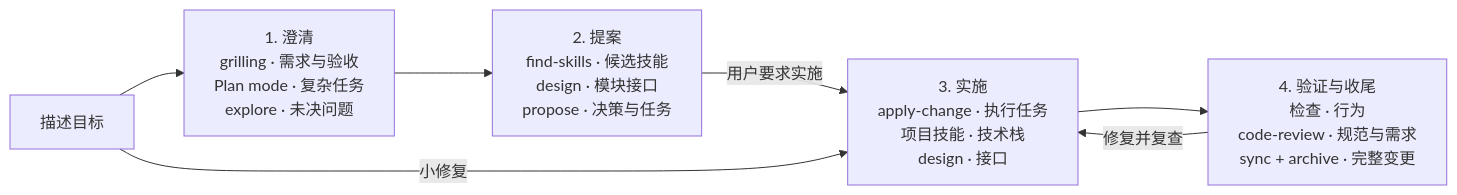
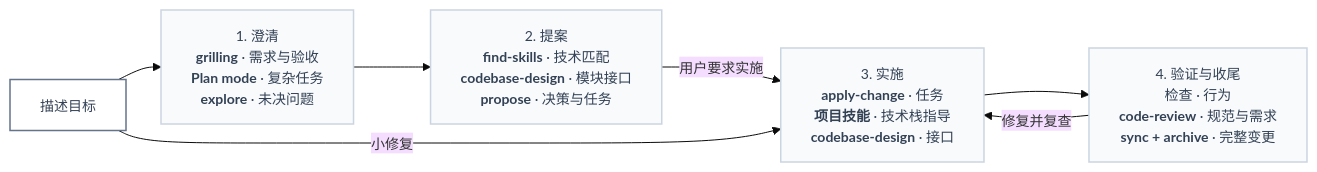
Before and after one commit to shuaibilx/AI-workflow-coding: the diagram in README.zh-CN.md, drawn with Mermaid. The commit also changed other lines of this file and 1 other file, not shown here.

Commit message:
docs: highlight skills in workflow diagrams

````diff
--- a/README.zh-CN.md
+++ b/README.zh-CN.md
@@ -33,9 +33,12 @@
 ```mermaid
+%%{init: {"theme":"base","themeVariables":{"fontSize":"14px"},"flowchart":{"nodeSpacing":18,"rankSpacing":35,"wrappingWidth":180}}}%%
 flowchart LR
-    A[描述目标] --> B["1. 澄清<br/>grilling · 需求与验收<br/>Plan mode · 复杂任务<br/>explore · 未决问题"]
-    B --> C["2. 提案<br/>find-skills · 候选技能<br/>design · 模块接口<br/>propose · 决策与任务"]
-    C -->|用户要求实施| D["3. 实施<br/>apply-change · 执行任务<br/>项目技能 · 技术栈<br/>design · 接口"]
-    D --> E["4. 验证与收尾<br/>检查 · 行为<br/>code-review · 规范与需求<br/>sync + archive · 完整变更"]
-    A -->|小修复| D
-    E -->|修复并复查| D
+    G[描述目标]:::start --> C["1. 澄清<br/><span style='color:#174ea6'><b>grilling</b></span> · 需求与验收<br/><span style='color:#174ea6'><b>Plan mode</b></span> · 复杂任务<br/><span style='color:#174ea6'><b>explore</b></span> · 未决问题"]:::stage
+    C --> P["2. 提案<br/><span style='color:#174ea6'><b>find-skills</b></span> · 技术匹配<br/><span style='color:#174ea6'><b>codebase-design</b></span> · 模块接口<br/><span style='color:#174ea6'><b>propose</b></span> · 决策与任务"]:::stage
+    P -->|用户要求实施| I["3. 实施<br/><span style='color:#174ea6'><b>apply-change</b></span> · 任务<br/><span style='color:#174ea6'><b>项目技能</b></span> · 技术栈指导<br/><span style='color:#174ea6'><b>codebase-design</b></span> · 接口"]:::stage
+    I --> V["4. 验证与收尾<br/>检查 · 行为<br/><span style='color:#174ea6'><b>code-review</b></span> · 规范与需求<br/><span style='color:#174ea6'><b>sync + archive</b></span> · 完整变更"]:::stage
+    G -->|小修复| I
+    V -->|修复并复查| I
+    classDef start fill:#ffffff,stroke:#64748b,color:#334155,stroke-width:1.5px
+    classDef stage fill:#f8fafc,stroke:#cbd5e1,color:#334155,stroke-width:1.5px
 ```
````
